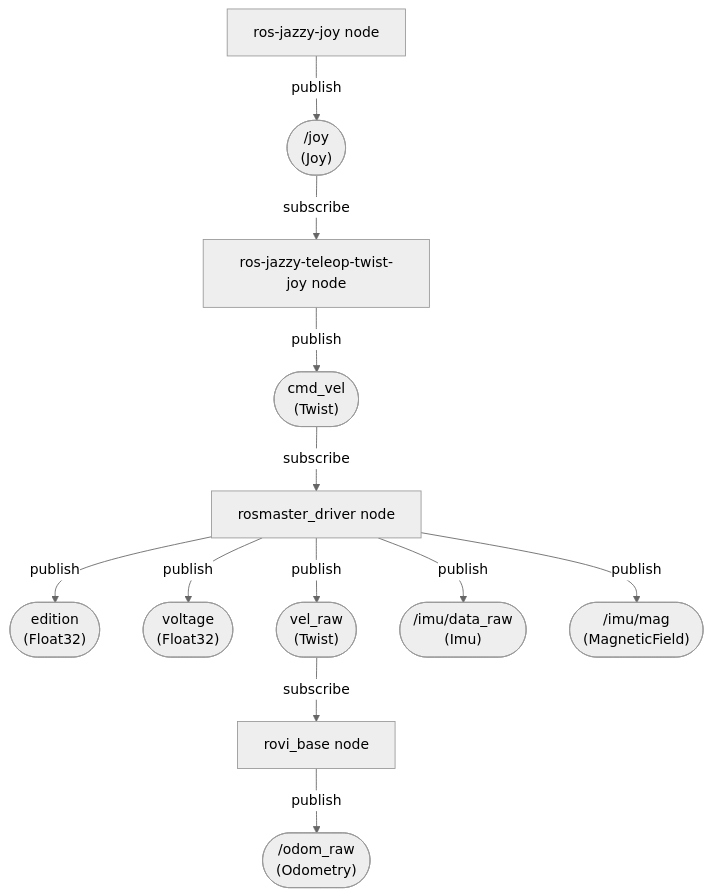
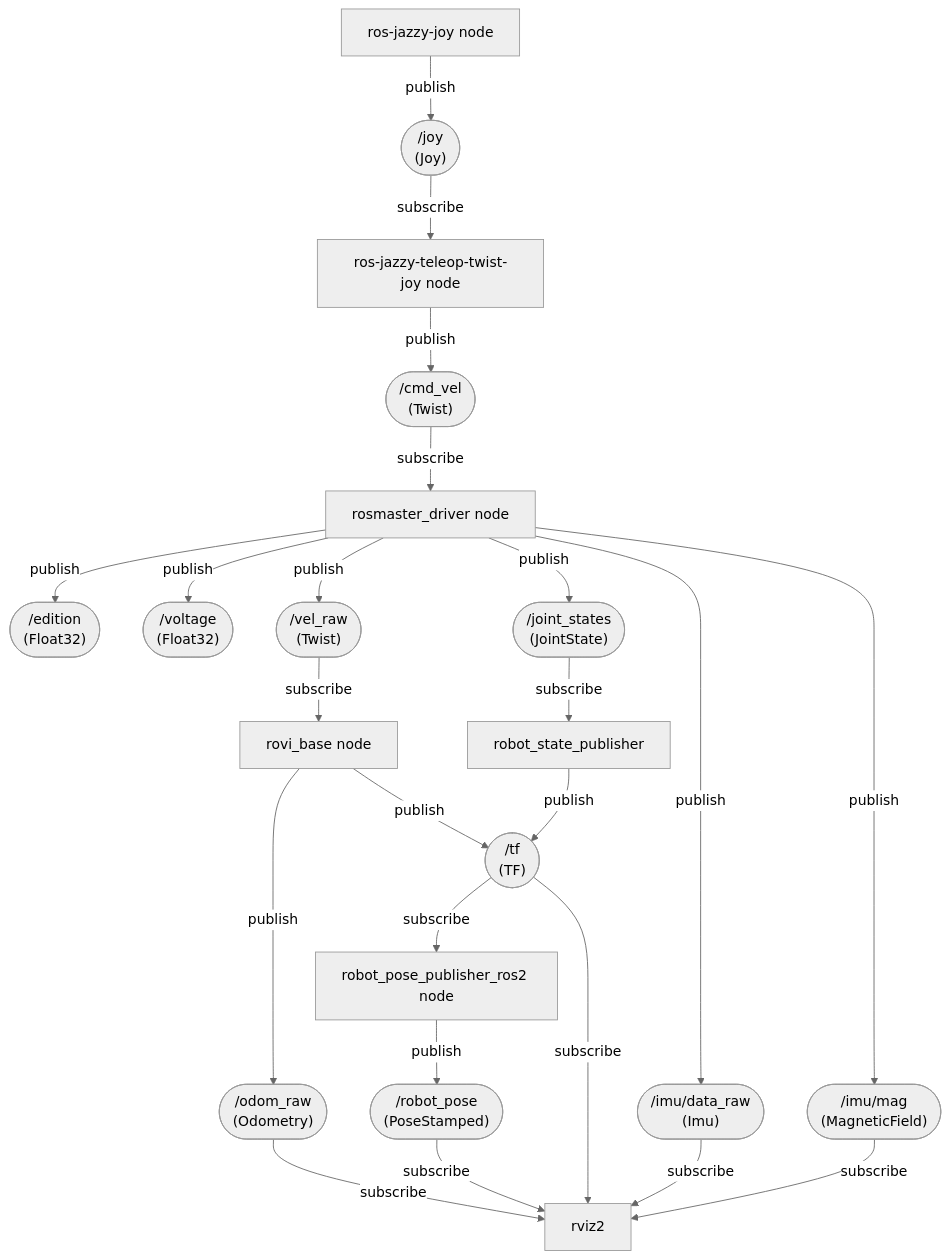
The diagram in README.md (Roblibs/rovi_ros_ws), drawn with Mermaid (neutral theme) before and after one commit. The commit also changed other lines of this file, not shown here.

Commit message:
starting rviz2 integration

````diff
--- a/README.md
+++ b/README.md
@@ -44,36 +44,51 @@
 ```mermaid
 flowchart TD
   Rosmaster[rosmaster_driver node]
-
-  CMD(["cmd_vel<br/>(Twist)"])
-  CMD -->|subscribe| Rosmaster
-
-  EDT(["edition<br/>(Float32)"])
-  Rosmaster -->|publish| EDT
-
-  VOL(["voltage<br/>(Float32)"])
-  Rosmaster -->|publish| VOL
-
-  VRAW(["vel_raw<br/>(Twist)"])
-  Rosmaster -->|publish| VRAW
-
-  IMU(["/imu/data_raw<br/>(Imu)"])
-  Rosmaster -->|publish| IMU
-
-  MAG(["/imu/mag<br/>(MagneticField)"])
-  Rosmaster -->|publish| MAG
 
   Joystick["ros-jazzy-joy node"]
   JOY(["/joy<br/>(Joy)"])
   Joystick -->|publish| JOY
 
   RoviJoy["ros-jazzy-teleop-twist-joy node"]
   JOY -->|subscribe| RoviJoy
+  CMD(["/cmd_vel<br/>(Twist)"])
   RoviJoy -->|publish| CMD
+
+  CMD -->|subscribe| Rosmaster
+  EDT(["/edition<br/>(Float32)"])
+  VOL(["/voltage<br/>(Float32)"])
+  VRAW(["/vel_raw<br/>(Twist)"])
+  JSTATE(["/joint_states<br/>(JointState)"])
+  IMU(["/imu/data_raw<br/>(Imu)"])
+  MAG(["/imu/mag<br/>(MagneticField)"])
+  Rosmaster -->|publish| EDT
+  Rosmaster -->|publish| VOL
+  Rosmaster -->|publish| VRAW
+  Rosmaster -->|publish| JSTATE
+  Rosmaster -->|publish| IMU
+  Rosmaster -->|publish| MAG
 
   RoviBase["rovi_base node"]
   VRAW -->|subscribe| RoviBase
   ODRAW(["/odom_raw<br/>(Odometry)"])
+  TF(["/tf<br/>(TF)"])
   RoviBase -->|publish| ODRAW
+  RoviBase -->|publish| TF
+
+  RSP["robot_state_publisher"]
+  JSTATE -->|subscribe| RSP
+  RSP -->|publish| TF
+
+  RPP["robot_pose_publisher_ros2 node"]
+  TF -->|subscribe| RPP
+  ROBPOSE(["/robot_pose<br/>(PoseStamped)"])
+  RPP -->|publish| ROBPOSE
+
+  RVIZ["rviz2"]
+  TF -->|subscribe| RVIZ
+  ROBPOSE -->|subscribe| RVIZ
+  ODRAW -->|subscribe| RVIZ
+  IMU -->|subscribe| RVIZ
+  MAG -->|subscribe| RVIZ
 
 ```
````
